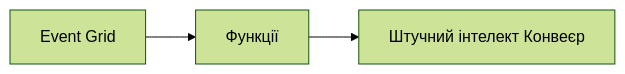
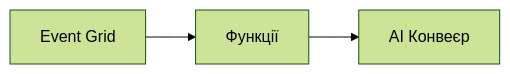
The second of 2 diagrams in translations/uk/docs/chapter-08-production/README.md (microsoft/AZD-for-beginners), drawn with Mermaid (forest theme) before and after one commit. The commit also changed other lines of this file and 104 other files, not shown here.

````diff
--- a/translations/uk/docs/chapter-08-production/README.md
+++ b/translations/uk/docs/chapter-08-production/README.md
@@ -56,4 +57,4 @@
 ```mermaid
 graph LR
-    EventGrid[Event Grid] --> Functions[Функції] --> Pipeline[Штучний інтелект Конвеєр]
+    EventGrid[Event Grid] --> Functions[Функції] --> Pipeline[AI Конвеєр]
 ```
````
